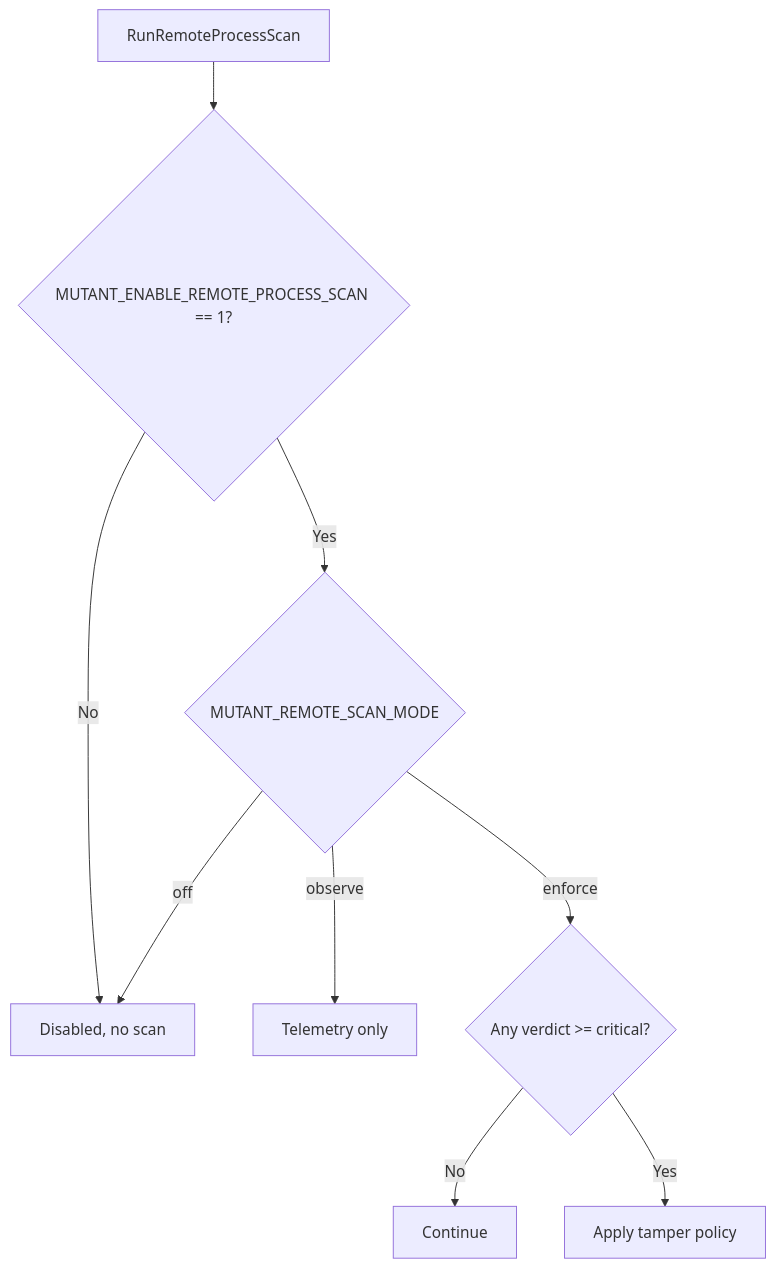
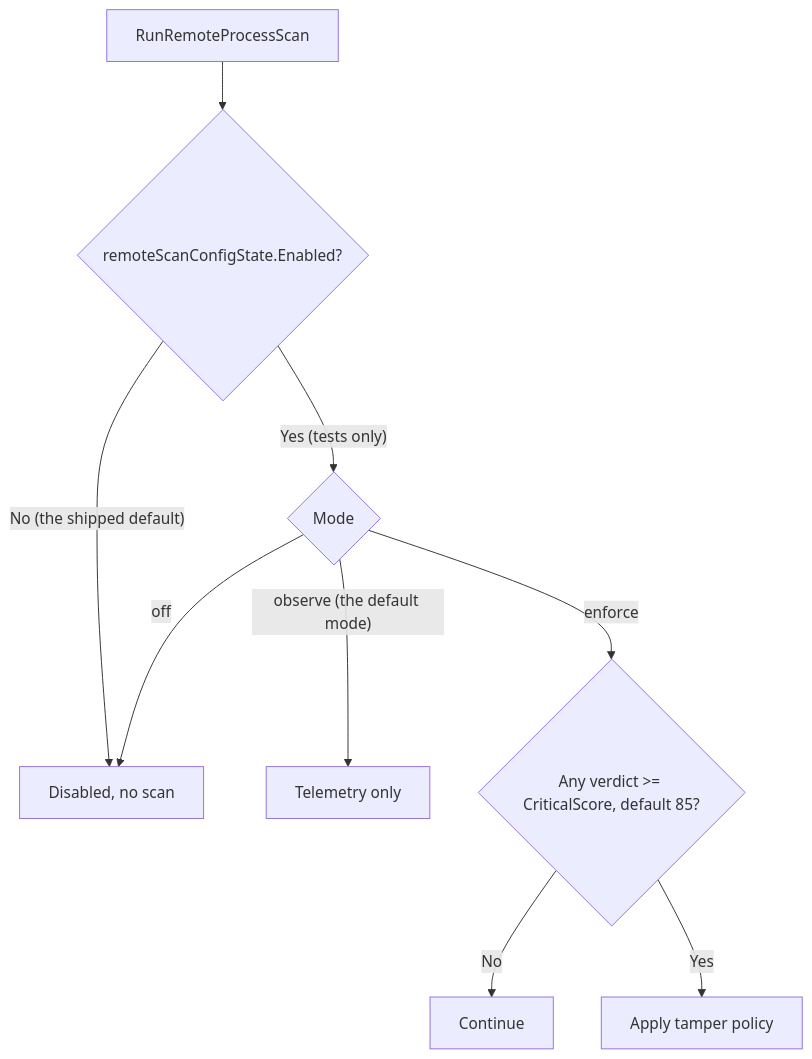
The seventh of 8 diagrams in docs/SECURITY_DIAGRAMS.md (aoiflux/mutant), drawn with Mermaid before and after one commit. The commit also changed other lines of this file and 37 other files, not shown here.

````diff
--- a/docs/SECURITY_DIAGRAMS.md
+++ b/docs/SECURITY_DIAGRAMS.md
@@ -121,11 +130,11 @@
 ```mermaid
 flowchart TD
-    A[RunRemoteProcessScan] --> B{MUTANT_ENABLE_REMOTE_PROCESS_SCAN == 1?}
-    B -->|No| C[Disabled, no scan]
-    B -->|Yes| D{MUTANT_REMOTE_SCAN_MODE}
+    A[RunRemoteProcessScan] --> B{remoteScanConfigState.Enabled?}
+    B -->|"No (the shipped default)"| C[Disabled, no scan]
+    B -->|"Yes (tests only)"| D{Mode}
     D -->|off| C
-    D -->|observe| E[Telemetry only]
-    D -->|enforce| F{Any verdict >= critical?}
+    D -->|"observe (the default mode)"| E[Telemetry only]
+    D -->|enforce| F{Any verdict >= CriticalScore, default 85?}
     F -->|No| G[Continue]
     F -->|Yes| H[Apply tamper policy]
 ```
````
